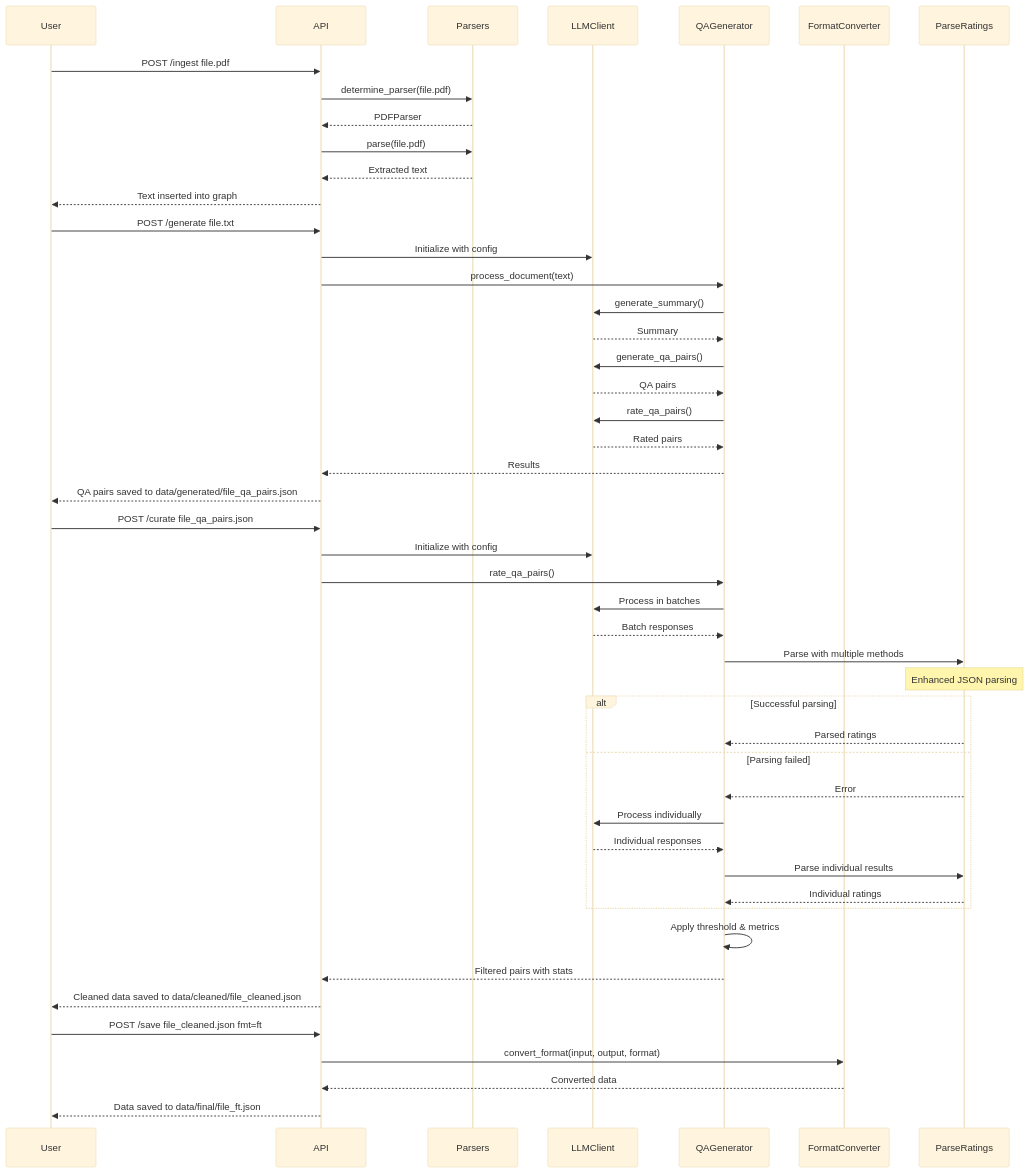
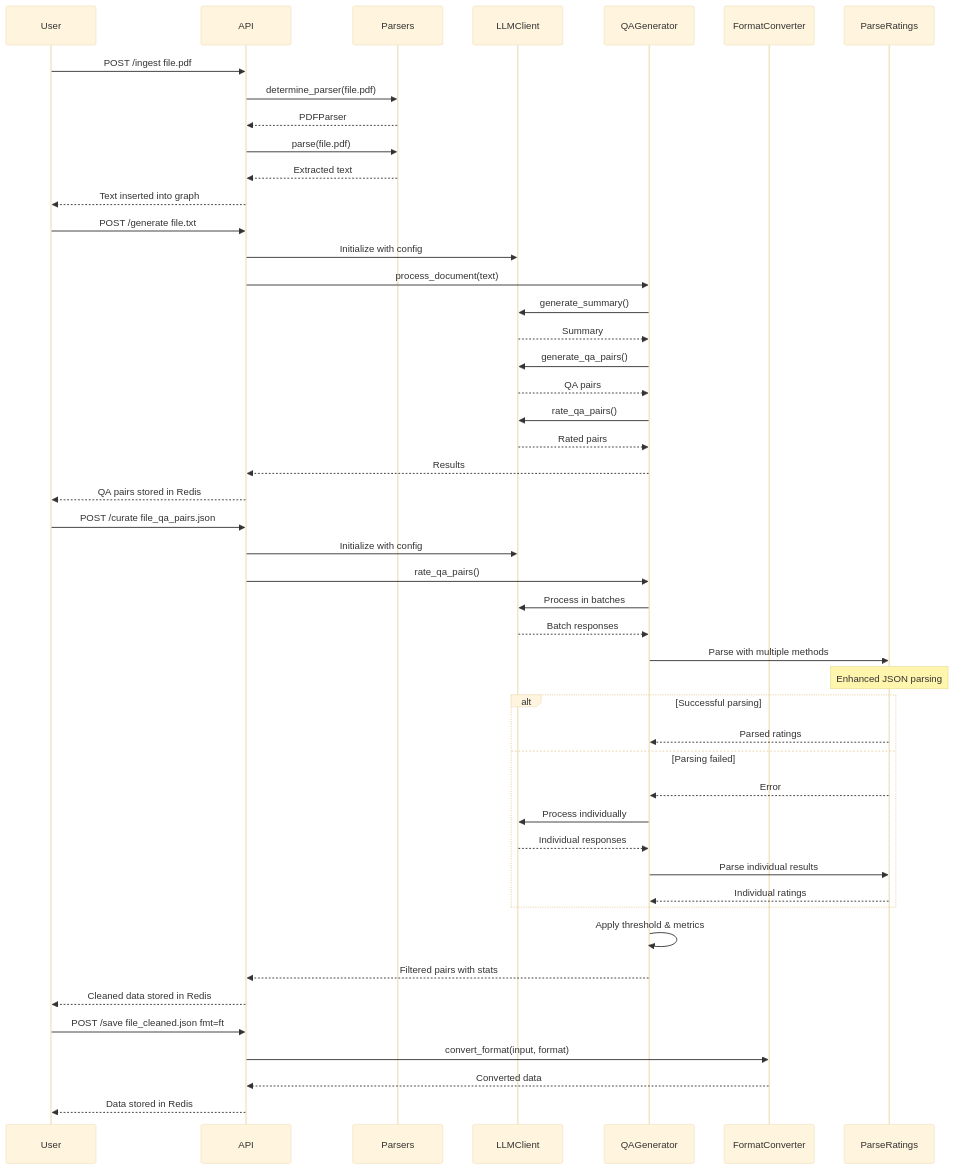
The third of 7 diagrams in DOCS.md (AvacynLab/datacreek), drawn with Mermaid (base theme) before and after one commit. The commit also changed other lines of this file and 43 other files, not shown here.

````diff
--- a/DOCS.md
+++ b/DOCS.md
@@ -277,57 +262,57 @@
 ```mermaid
 sequenceDiagram
     participant User
     participant API
     participant Parsers
     participant LLMClient
     participant QAGenerator
     participant FormatConverter
 
     User->>API: POST /ingest file.pdf
     API->>Parsers: determine_parser(file.pdf)
     Parsers-->>API: PDFParser
     API->>Parsers: parse(file.pdf)
     Parsers-->>API: Extracted text
     API-->>User: Text inserted into graph
 
     User->>API: POST /generate file.txt
     API->>LLMClient: Initialize with config
     API->>QAGenerator: process_document(text)
     QAGenerator->>LLMClient: generate_summary()
     LLMClient-->>QAGenerator: Summary
     QAGenerator->>LLMClient: generate_qa_pairs()
     LLMClient-->>QAGenerator: QA pairs
     QAGenerator->>LLMClient: rate_qa_pairs()
     LLMClient-->>QAGenerator: Rated pairs
     QAGenerator-->>API: Results
-    API-->>User: QA pairs saved to data/generated/file_qa_pairs.json
+    API-->>User: QA pairs stored in Redis
 
     User->>API: POST /curate file_qa_pairs.json
     API->>LLMClient: Initialize with config
     API->>QAGenerator: rate_qa_pairs()
     
     QAGenerator->>LLMClient: Process in batches
     LLMClient-->>QAGenerator: Batch responses
     
     QAGenerator->>ParseRatings: Parse with multiple methods
     Note over ParseRatings: Enhanced JSON parsing
     
     alt Successful parsing
         ParseRatings-->>QAGenerator: Parsed ratings
     else Parsing failed
         ParseRatings-->>QAGenerator: Error
         QAGenerator->>LLMClient: Process individually
         LLMClient-->>QAGenerator: Individual responses
         QAGenerator->>ParseRatings: Parse individual results
         ParseRatings-->>QAGenerator: Individual ratings
     end
     
     QAGenerator->>QAGenerator: Apply threshold & metrics
     QAGenerator-->>API: Filtered pairs with stats
-    API-->>User: Cleaned data saved to data/cleaned/file_cleaned.json
+    API-->>User: Cleaned data stored in Redis
 
     User->>API: POST /save file_cleaned.json fmt=ft
-    API->>FormatConverter: convert_format(input, output, format)
+    API->>FormatConverter: convert_format(input, format)
     FormatConverter-->>API: Converted data
-    API-->>User: Data saved to data/final/file_ft.json
+    API-->>User: Data stored in Redis
 ```
````
